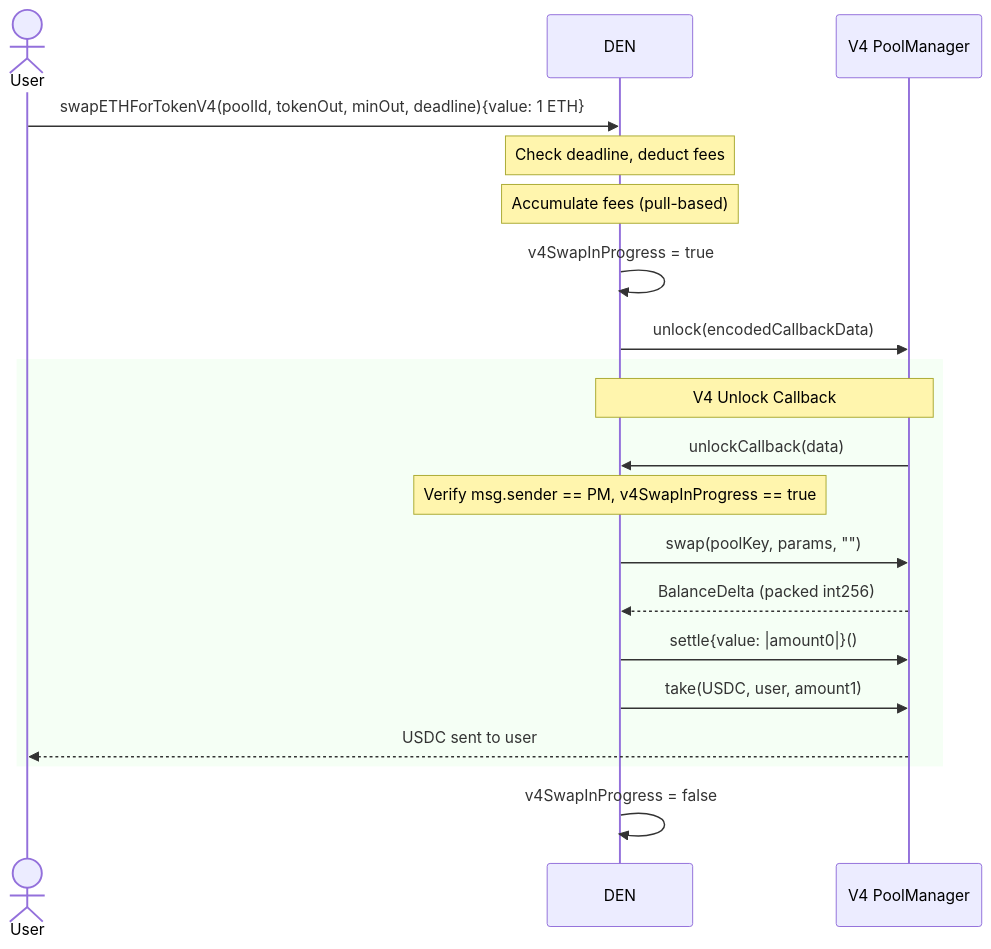
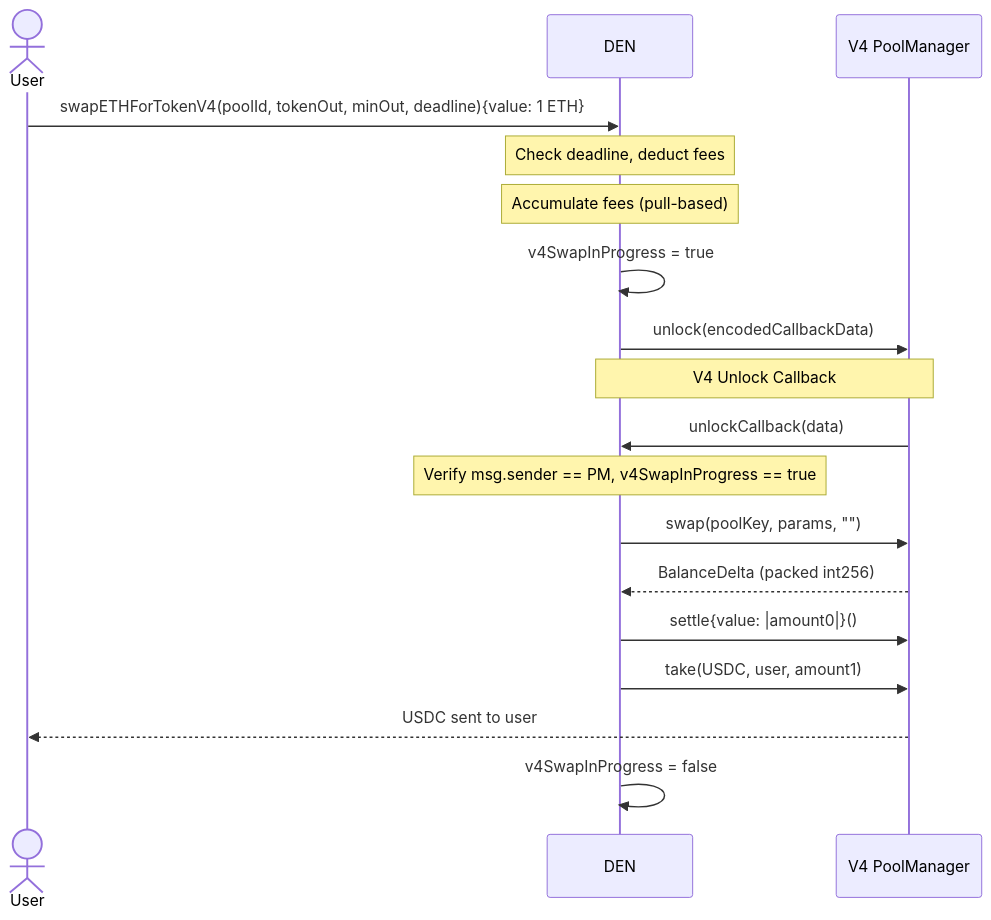
One commit to davidwyly/DEN changed the fifth of 11 diagrams in README.md. Above: the diagram before and after it, drawn with Mermaid. The commit also changed other lines of this file, not shown here.

Commit message:
removed hardcoded colors from mermaid diagrams for dark mode support

````diff
--- a/README.md
+++ b/README.md
@@ -466,27 +460,25 @@
 ```mermaid
 sequenceDiagram
     actor User
     participant DEN
     participant PM as V4 PoolManager
 
     User->>DEN: swapETHForTokenV4(poolId, tokenOut, minOut, deadline){value: 1 ETH}
 
     Note over DEN: Check deadline, deduct fees
     Note over DEN: Accumulate fees (pull-based)
 
     DEN->>DEN: v4SwapInProgress = true
     DEN->>PM: unlock(encodedCallbackData)
 
-    rect rgb(245, 255, 245)
-        Note over PM,DEN: V4 Unlock Callback
+    Note over PM,DEN: V4 Unlock Callback
         PM->>DEN: unlockCallback(data)
         Note over DEN: Verify msg.sender == PM, v4SwapInProgress == true
         DEN->>PM: swap(poolKey, params, "")
         PM-->>DEN: BalanceDelta (packed int256)
         DEN->>PM: settle{value: |amount0|}()
         DEN->>PM: take(USDC, user, amount1)
         PM-->>User: USDC sent to user
-    end
 
     DEN->>DEN: v4SwapInProgress = false
 ```
````
